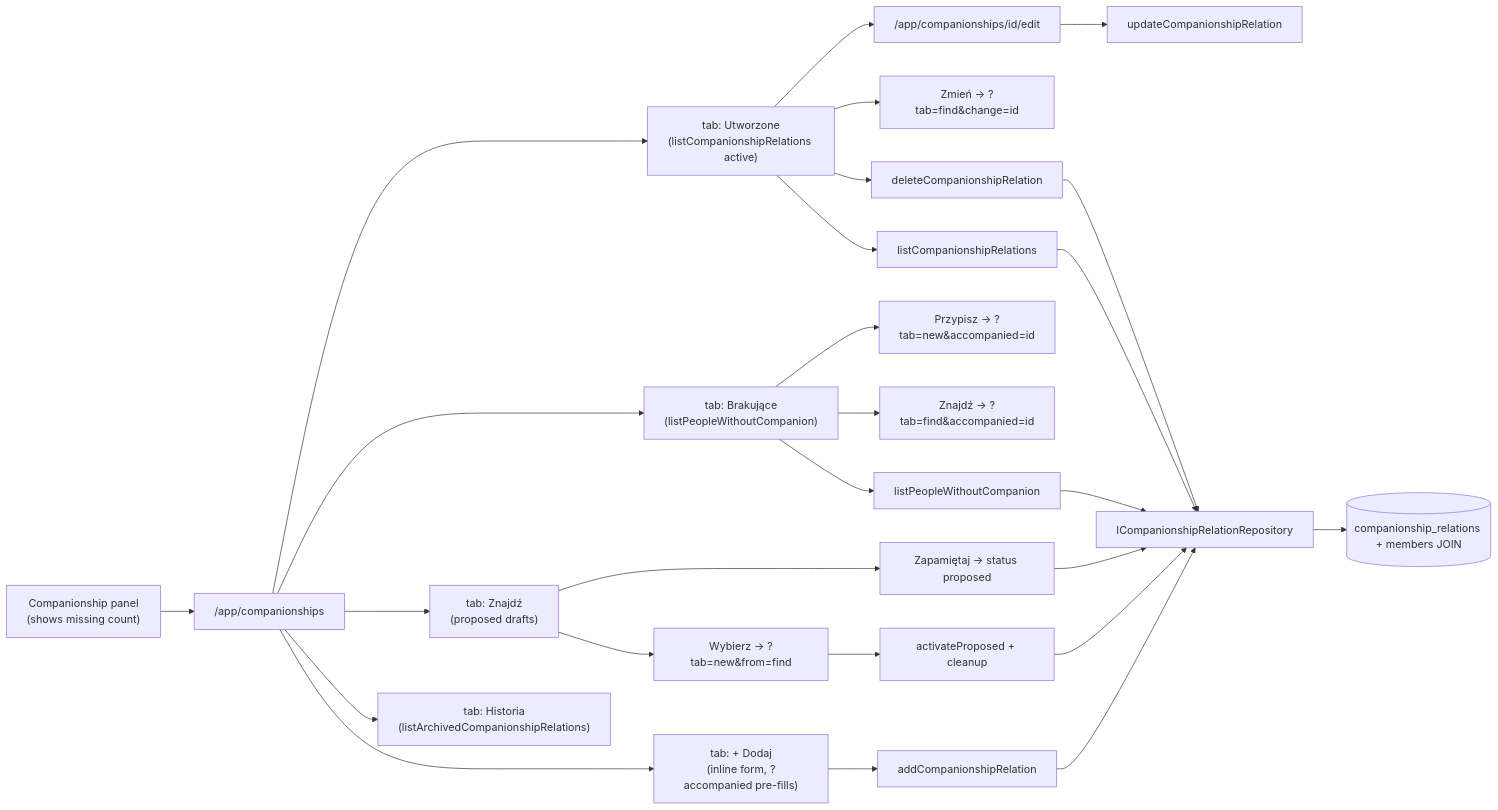
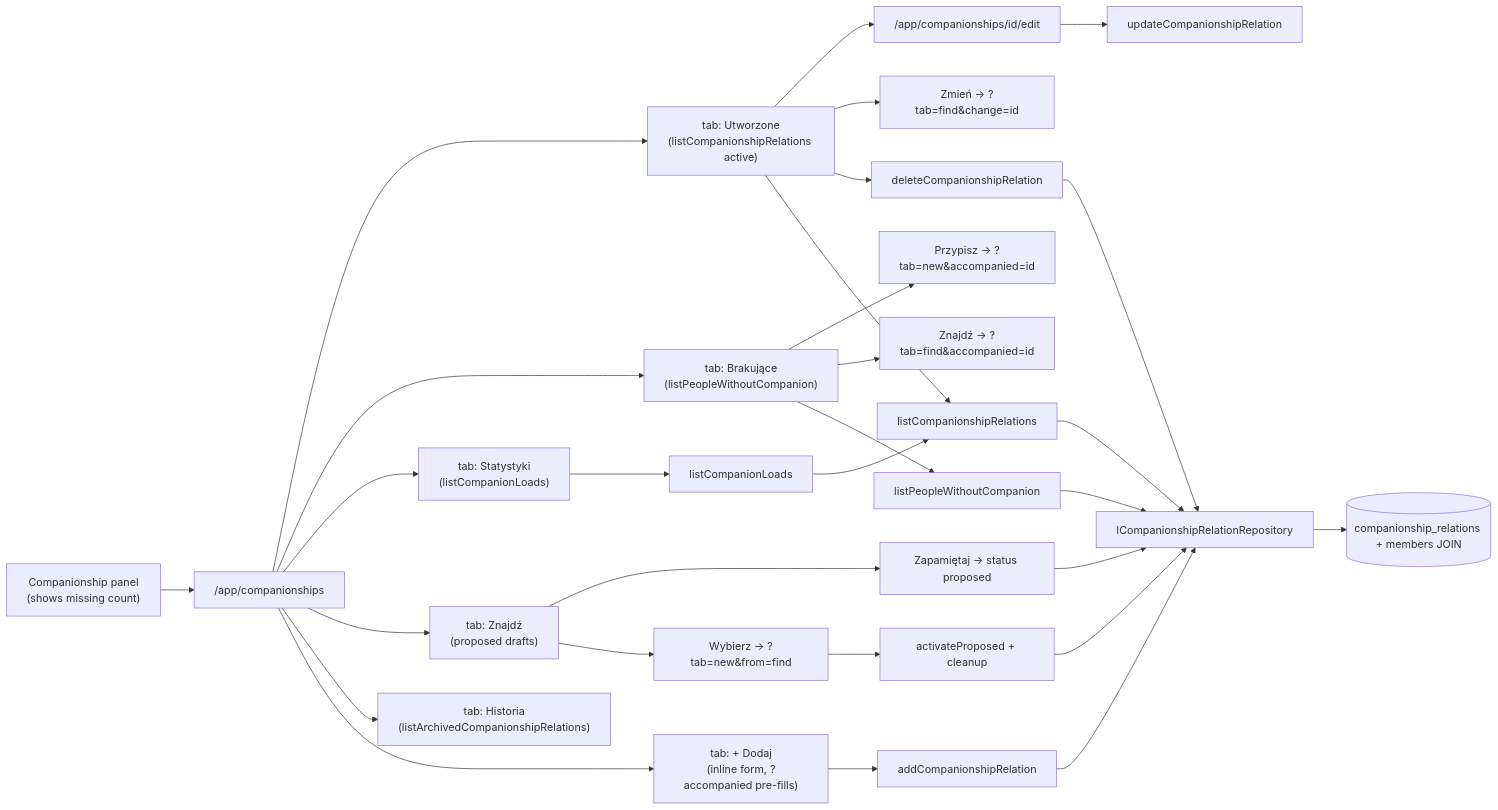
One commit to greg-latuszek/emma-companionship changed the sixth of 8 diagrams in docs/current-architecture.md. Above: the diagram before and after it, drawn with Mermaid. The commit also changed other lines of this file and 1 other file, not shown here.

Commit message:
Document the Statistics tab and its Overwhelmed Companions chart

````diff
--- a/docs/current-architecture.md
+++ b/docs/current-architecture.md
@@ -208,28 +208,31 @@
 ```mermaid
 flowchart LR
   panel["Companionship panel\n(shows missing count)"] --> companionships["/app/companionships"]
   companionships --> tabCreated["tab: Utworzone\n(listCompanionshipRelations active)"]
   companionships --> tabMissing["tab: Brakujące\n(listPeopleWithoutCompanion)"]
+  companionships --> tabStatistics["tab: Statystyki\n(listCompanionLoads)"]
   companionships --> tabFind["tab: Znajdź\n(proposed drafts)"]
   companionships --> tabHistory["tab: Historia\n(listArchivedCompanionshipRelations)"]
   companionships --> tabNew["tab: + Dodaj\n(inline form, ?accompanied pre-fills)"]
   tabCreated --> edit["/app/companionships/id/edit"]
   tabCreated --> change["Zmień → ?tab=find&change=id"]
   tabCreated --> remove[deleteCompanionshipRelation]
   tabMissing --> assign["Przypisz → ?tab=new&accompanied=id"]
   tabMissing --> findMissing["Znajdź → ?tab=find&accompanied=id"]
   tabFind --> remember["Zapamiętaj → status proposed"]
   tabFind --> choose["Wybierz → ?tab=new&from=find"]
   choose --> activate[activateProposed + cleanup]
   tabNew --> create[addCompanionshipRelation]
   create --> repo[ICompanionshipRelationRepository]
   activate --> repo
   remember --> repo
   edit --> update[updateCompanionshipRelation]
   remove --> repo
   tabCreated --> listRel[listCompanionshipRelations]
   tabMissing --> listMissing[listPeopleWithoutCompanion]
+  tabStatistics --> listLoads[listCompanionLoads]
+  listLoads --> listRel
   listRel --> repo
   listMissing --> repo
   repo --> pg[(companionship_relations + members JOIN)]
 ```
````
